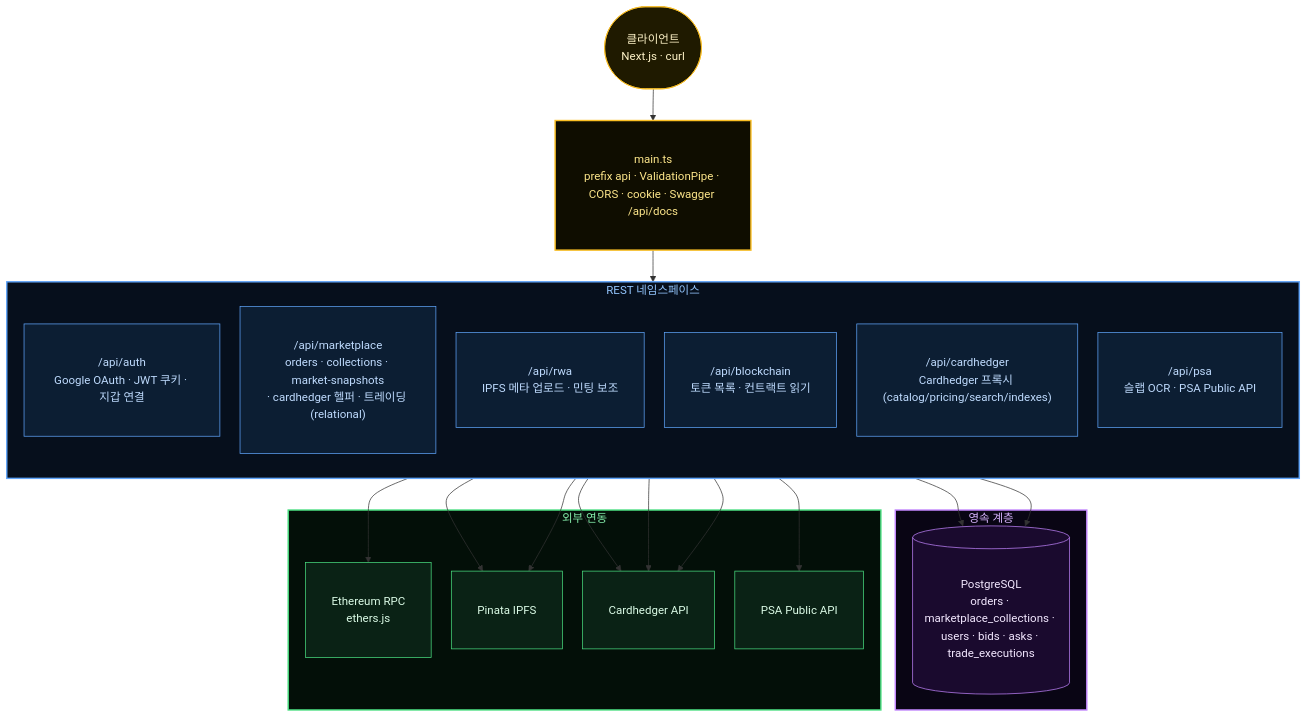
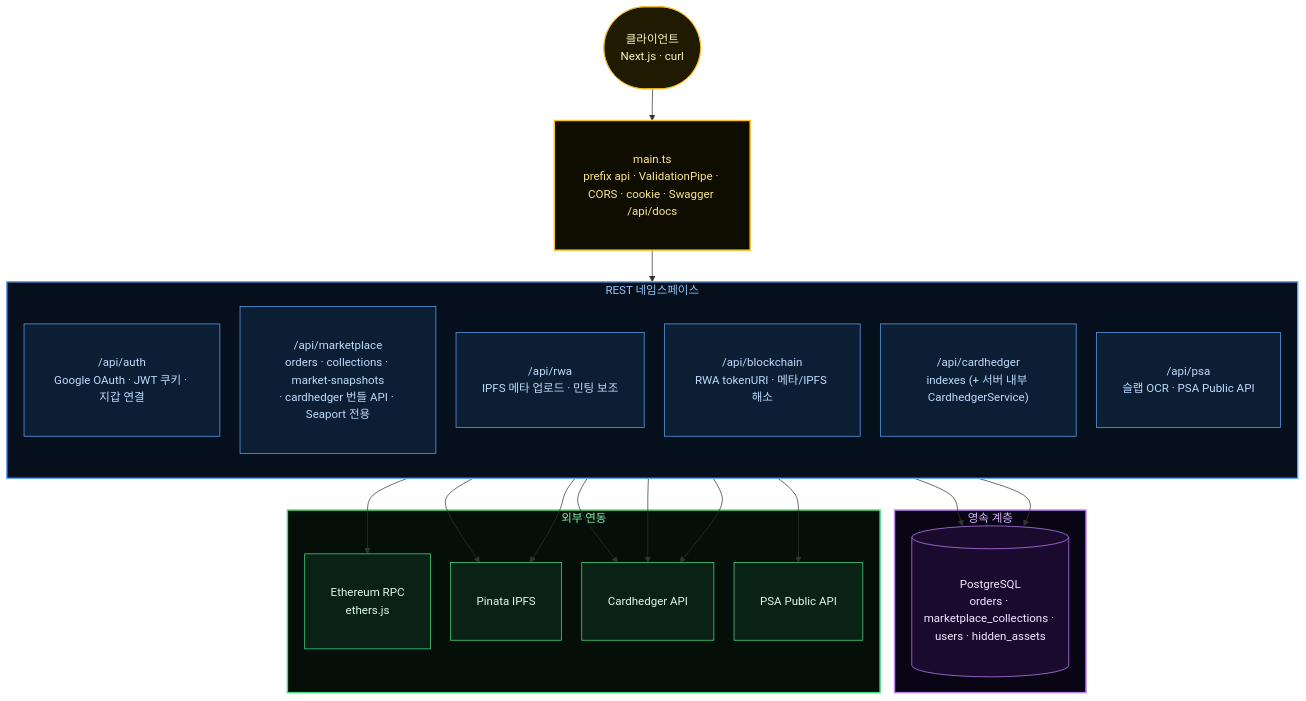
The ninth of 11 diagrams in docs/diagrams/marketplace-lifecycle.md (tokenable-dev/tokenable-dev), drawn with Mermaid before and after one commit. The commit also changed other lines of this file and 122 other files, not shown here.

````diff
--- a/docs/diagrams/marketplace-lifecycle.md
+++ b/docs/diagrams/marketplace-lifecycle.md
@@ -657,50 +657,50 @@
 ```mermaid
 %%{init: {'flowchart': {'rankSpacing': 44, 'nodeSpacing': 28, 'padding': 18}}}%%
 flowchart TD
     classDef entry fill:#1f1a00,stroke:#fbbf24,color:#fef3c7,padding:8px 14px
     classDef route fill:#0c1e33,stroke:#60a5fa,color:#bfdbfe,padding:8px 14px
     classDef data  fill:#1a0a2e,stroke:#c084fc,color:#f3e8ff,padding:8px 14px
     classDef ext   fill:#0a2215,stroke:#4ade80,color:#dcfce7,padding:8px 14px
 
     CLIENT(["클라이언트<br/>Next.js · curl"]):::entry
 
     GATE["main.ts<br/>prefix api · ValidationPipe · CORS · cookie · Swagger /api/docs"]:::entry
 
     subgraph REST ["REST 네임스페이스"]
         direction TB
         R_AUTH["/api/auth<br/>Google OAuth · JWT 쿠키 · 지갑 연결"]:::route
-        R_MKT["/api/marketplace<br/>orders · collections · market-snapshots<br/>· cardhedger 헬퍼 · 트레이딩 (relational)"]:::route
+        R_MKT["/api/marketplace<br/>orders · collections · market-snapshots<br/>· cardhedger 번들 API · Seaport 전용"]:::route
         R_RWA["/api/rwa<br/>IPFS 메타 업로드 · 민팅 보조"]:::route
-        R_BC["/api/blockchain<br/>토큰 목록 · 컨트랙트 읽기"]:::route
-        R_CH["/api/cardhedger<br/>Cardhedger 프록시 (catalog/pricing/search/indexes)"]:::route
+        R_BC["/api/blockchain<br/>RWA tokenURI · 메타/IPFS 해소"]:::route
+        R_CH["/api/cardhedger<br/>indexes (+ 서버 내부 CardhedgerService)"]:::route
         R_PSA["/api/psa<br/>슬랩 OCR · PSA Public API"]:::route
     end
 
     subgraph PERSIST ["영속 계층"]
-        PG[("PostgreSQL<br/>orders · marketplace_collections · users · bids · asks · trade_executions")]:::data
+        PG[("PostgreSQL<br/>orders · marketplace_collections · users · hidden_assets")]:::data
     end
 
     subgraph OUT ["외부 연동"]
         ETH["Ethereum RPC<br/>ethers.js"]:::ext
         PIN["Pinata IPFS"]:::ext
         CH["Cardhedger API"]:::ext
         PSAHTTP["PSA Public API"]:::ext
     end
 
     CLIENT --> GATE
     GATE --> REST
     R_MKT --> PG
     R_MKT --> CH
     R_AUTH --> PG
     R_RWA --> PIN
     R_BC --> ETH
     R_CH --> CH
     R_PSA --> PIN
     R_PSA --> CH
     R_PSA --> PSAHTTP
 
     style GATE fill:#0f0d00,stroke:#fbbf24,stroke-width:2px,color:#fde68a
     style REST fill:#060f1c,stroke:#60a5fa,stroke-width:2px,color:#93c5fd
     style PERSIST fill:#090514,stroke:#c084fc,stroke-width:2px,color:#d8b4fe
     style OUT fill:#030f08,stroke:#4ade80,stroke-width:2px,color:#86efac
 ```
````
